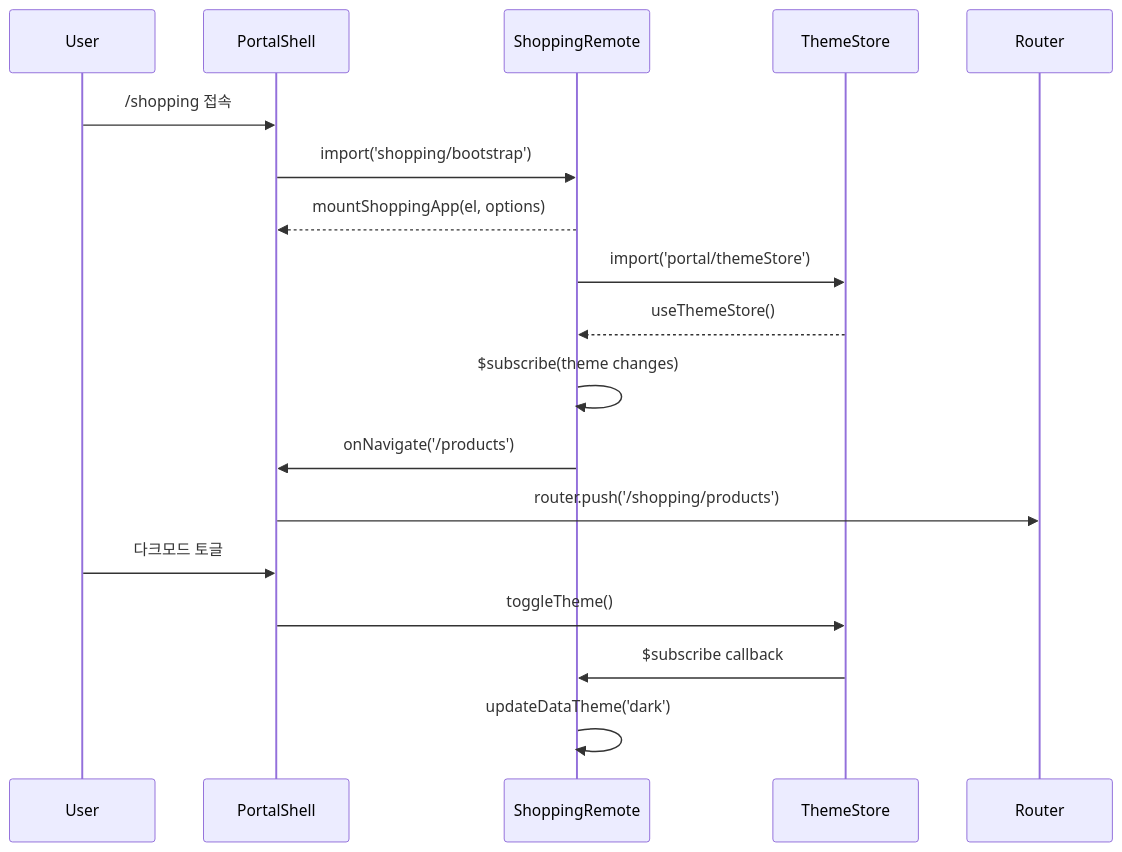
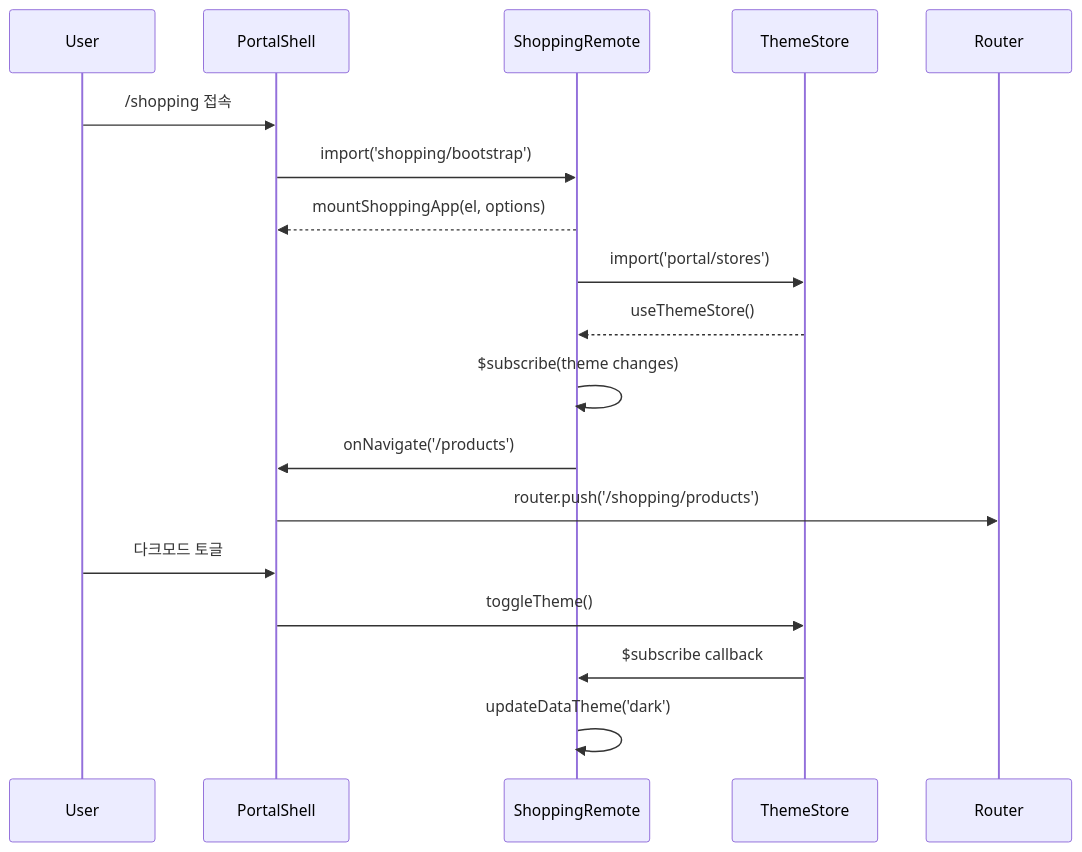
The diagram in frontend/shopping-frontend/docs/guides/federation-integration.md (L-a-z-e/portal-universe), drawn with Mermaid before and after one commit. The commit also changed other lines of this file and 9 other files, not shown here.

First line of the commit message:
docs(shopping-fe): update MF config and fix import paths

````diff
--- a/frontend/shopping-frontend/docs/guides/federation-integration.md
+++ b/frontend/shopping-frontend/docs/guides/federation-integration.md
@@ -648,24 +645,24 @@
 ```mermaid
 sequenceDiagram
     participant User
     participant PortalShell
     participant ShoppingRemote
     participant ThemeStore
     participant Router
 
     User->>PortalShell: /shopping 접속
     PortalShell->>ShoppingRemote: import('shopping/bootstrap')
     ShoppingRemote-->>PortalShell: mountShoppingApp(el, options)
 
-    ShoppingRemote->>ThemeStore: import('portal/themeStore')
+    ShoppingRemote->>ThemeStore: import('portal/stores')
     ThemeStore-->>ShoppingRemote: useThemeStore()
     ShoppingRemote->>ShoppingRemote: $subscribe(theme changes)
 
     ShoppingRemote->>PortalShell: onNavigate('/products')
     PortalShell->>Router: router.push('/shopping/products')
 
     User->>PortalShell: 다크모드 토글
     PortalShell->>ThemeStore: toggleTheme()
     ThemeStore->>ShoppingRemote: $subscribe callback
     ShoppingRemote->>ShoppingRemote: updateDataTheme('dark')
 ```
````
